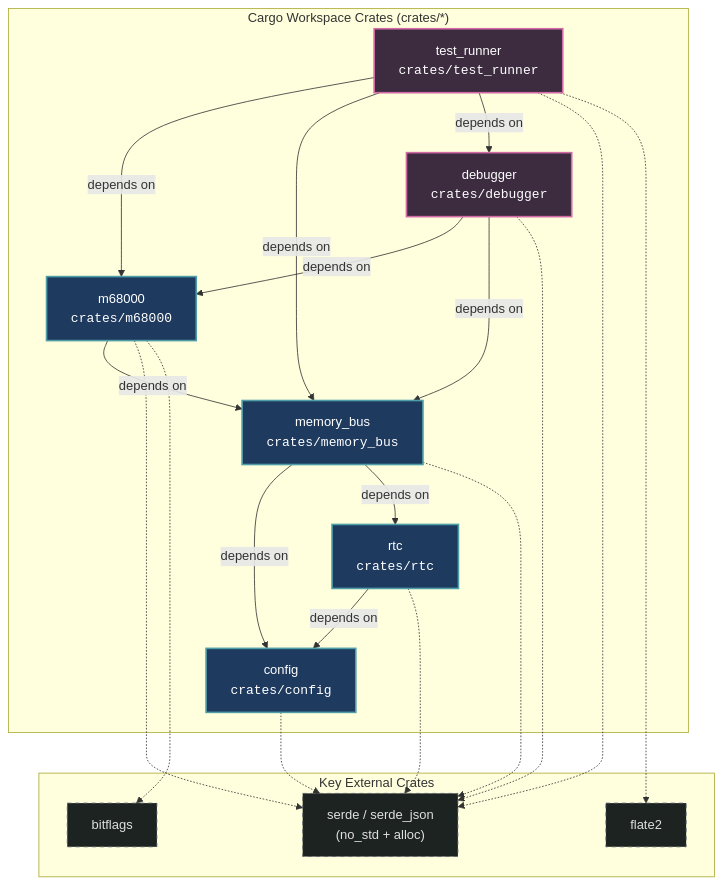
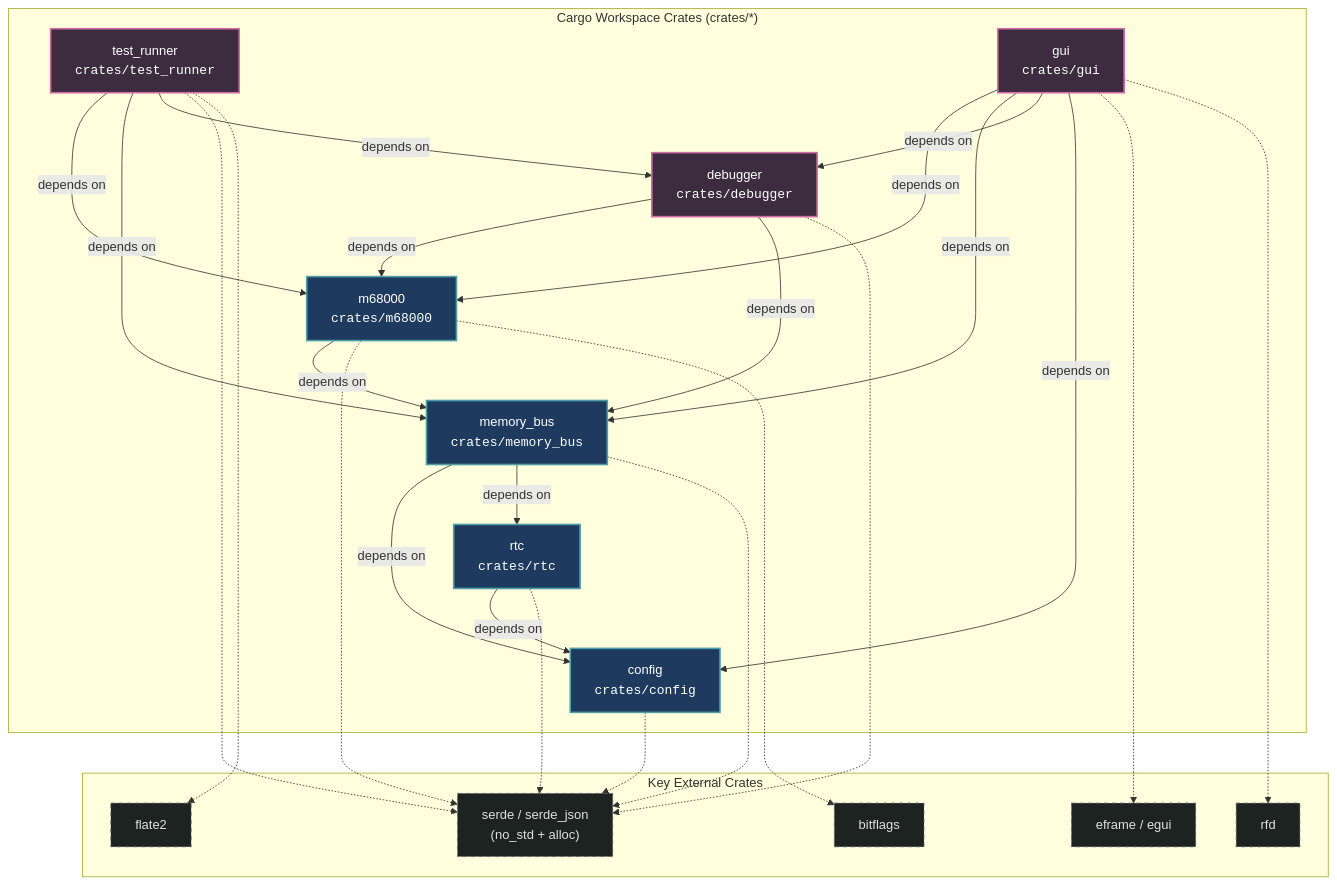
One commit to tomek-anuszkiewicz/amiga-studio changed the second of 2 diagrams in Obsidian/Amiga/Design/General Architecture.md. Above: the diagram before and after it, drawn with Mermaid. The commit also changed other lines of this file and 70 other files, not shown here.

````diff
--- a/Obsidian/Amiga/Design/General Architecture.md
+++ b/Obsidian/Amiga/Design/General Architecture.md
@@ -37,42 +37,51 @@
 ```mermaid
 graph TD
     classDef core fill:#1e3a5f,stroke:#4f9da6,stroke-width:2px,color:#ffffff;
     classDef tool fill:#3d2c40,stroke:#d16ba5,stroke-width:2px,color:#ffffff;
     classDef ext fill:#1c2321,stroke:#5e6472,stroke-width:1px,stroke-dasharray: 5 5,color:#e0e0e0;
 
     subgraph WorkspaceCrates["Cargo Workspace Crates (crates/*)"]
         CFG["config<br/><code>crates/config</code>"]:::core
         RTC["rtc<br/><code>crates/rtc</code>"]:::core
         MEM["memory_bus<br/><code>crates/memory_bus</code>"]:::core
         CPU["m68000<br/><code>crates/m68000</code>"]:::core
         DBG["debugger<br/><code>crates/debugger</code>"]:::tool
         TR["test_runner<br/><code>crates/test_runner</code>"]:::tool
+        GUI["gui<br/><code>crates/gui</code>"]:::tool
     end
 
     subgraph ExternalDeps["Key External Crates"]
         SERDE["serde / serde_json<br/>(no_std + alloc)"]:::ext
         BF["bitflags"]:::ext
         GZ["flate2"]:::ext
+        EGF["eframe / egui"]:::ext
+        RFD["rfd"]:::ext
     end
 
     %% Internal Dependencies
     RTC -->|depends on| CFG
     MEM -->|depends on| CFG
     MEM -->|depends on| RTC
     CPU -->|depends on| MEM
     DBG -->|depends on| CPU
     DBG -->|depends on| MEM
     TR -->|depends on| CPU
     TR -->|depends on| MEM
     TR -->|depends on| DBG
+    GUI -->|depends on| CPU
+    GUI -->|depends on| MEM
+    GUI -->|depends on| DBG
+    GUI -->|depends on| CFG
 
     %% External Dependencies
     CFG -.-> SERDE
     RTC -.-> SERDE
     MEM -.-> SERDE
     CPU -.-> SERDE
     CPU -.-> BF
     DBG -.-> SERDE
     TR -.-> SERDE
     TR -.-> GZ
+    GUI -.-> EGF
+    GUI -.-> RFD
 ```
````
